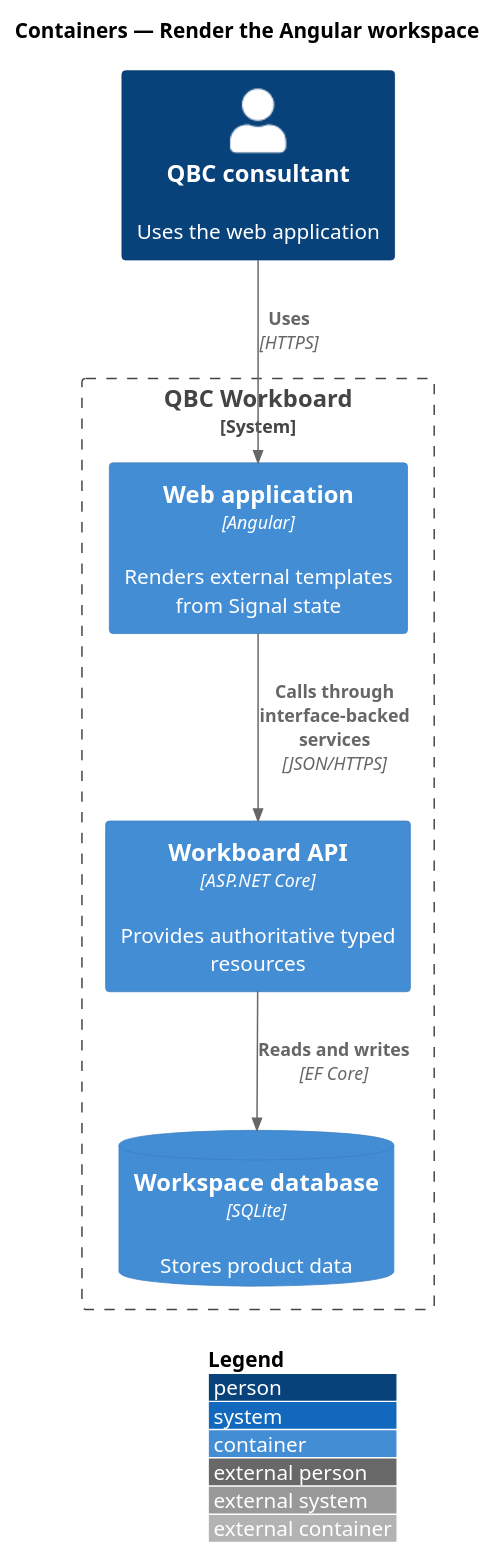
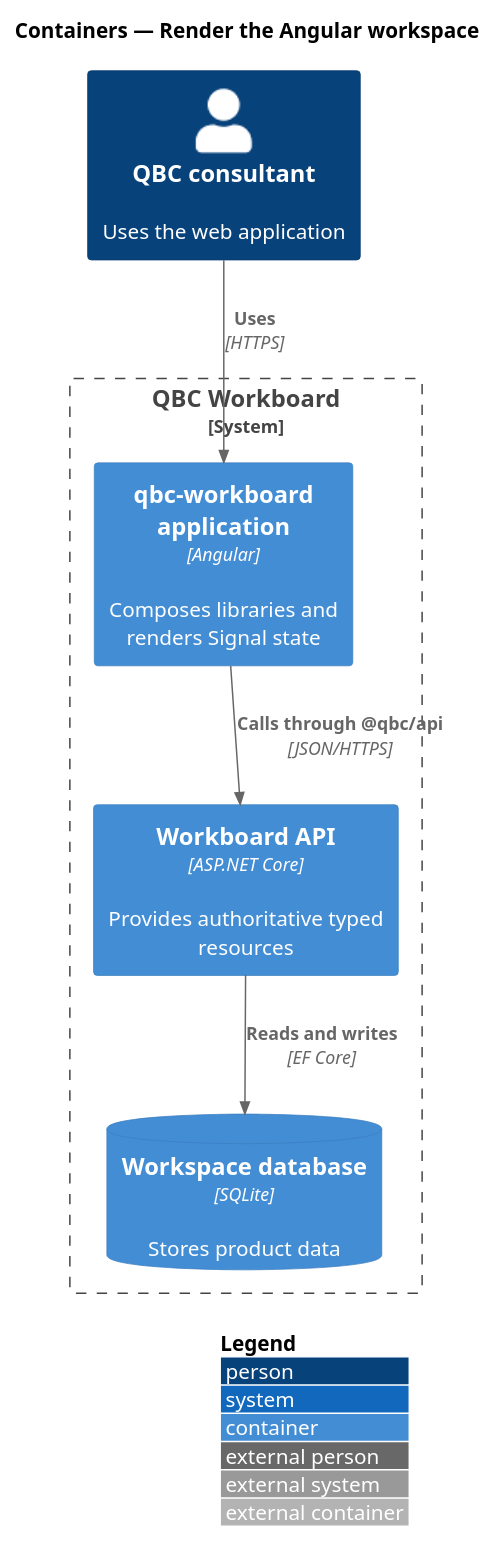
One commit to QuinntyneBrown/quinntyne-brown-consulting changed the diagram in docs/detailed-designs/platform/render-angular-workspace/diagrams/c4-container.puml. Above: the diagram before and after it, drawn with PlantUML. The commit also changed 63 other files, not shown here.

Commit message:
Rename frontend api library exports to service pattern and update workboard consumers

```diff
--- a/docs/detailed-designs/platform/render-angular-workspace/diagrams/c4-container.puml
+++ b/docs/detailed-designs/platform/render-angular-workspace/diagrams/c4-container.puml
@@ -1,16 +1,16 @@
 @startuml
 !include <C4/C4_Container>
 LAYOUT_WITH_LEGEND()
 title Containers — Render the Angular workspace
 
 Person(consultant, "QBC consultant", "Uses the web application")
 System_Boundary(workboard, "QBC Workboard") {
-  Container(spa, "Web application", "Angular", "Renders external templates from Signal state")
+  Container(spa, "qbc-workboard application", "Angular", "Composes libraries and renders Signal state")
   Container(api, "Workboard API", "ASP.NET Core", "Provides authoritative typed resources")
   ContainerDb(db, "Workspace database", "SQLite", "Stores product data")
 }
 
 Rel(consultant, spa, "Uses", "HTTPS")
-Rel(spa, api, "Calls through interface-backed services", "JSON/HTTPS")
+Rel(spa, api, "Calls through @qbc/api", "JSON/HTTPS")
 Rel(api, db, "Reads and writes", "EF Core")
 @enduml
```
